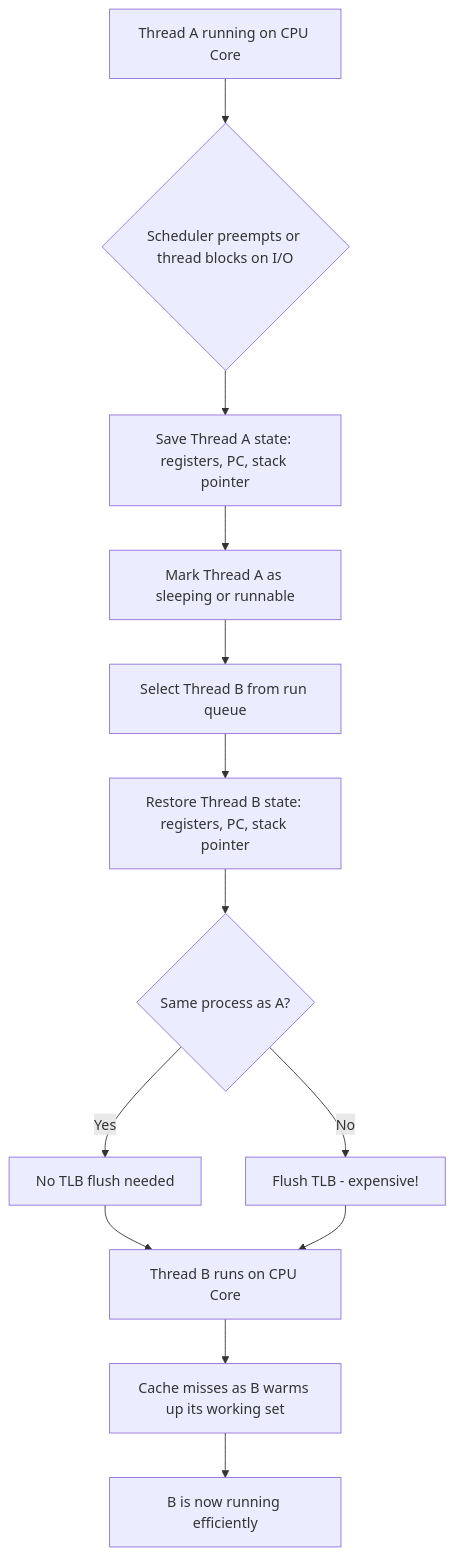
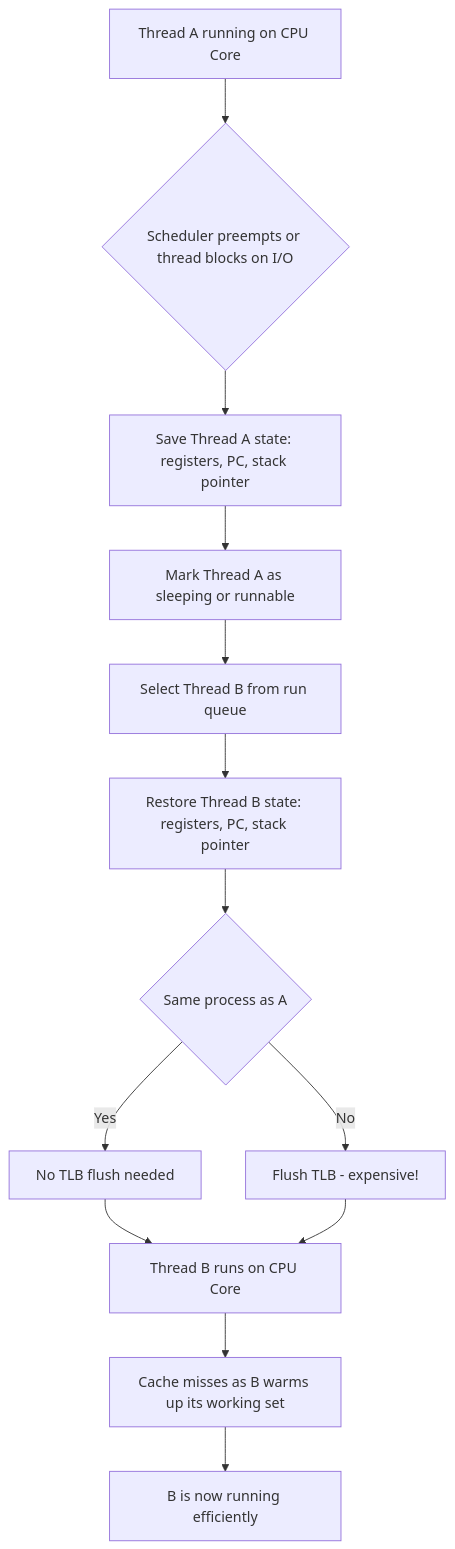
One commit to ranjeetnegi/System-Design-for-Staff-SWE changed the first of 13 diagrams in Section0/Chapter_3_OS_Fundamentals.md. Above: the diagram before and after it, drawn with Mermaid. The commit also changed other lines of this file and 11 other files, not shown here.

````diff
--- a/Section0/Chapter_3_OS_Fundamentals.md
+++ b/Section0/Chapter_3_OS_Fundamentals.md
@@ -210,15 +210,15 @@
 ```mermaid
 flowchart TD
     A[Thread A running on CPU Core] --> B{Scheduler preempts or thread blocks on I/O}
     B --> C[Save Thread A state: registers, PC, stack pointer]
     C --> D[Mark Thread A as sleeping or runnable]
     D --> E[Select Thread B from run queue]
     E --> F[Restore Thread B state: registers, PC, stack pointer]
-    F --> G{Same process as A?}
+    F --> G{Same process as A }
     G -- Yes --> H[No TLB flush needed]
     G -- No --> I[Flush TLB - expensive!]
     H --> J[Thread B runs on CPU Core]
     I --> J
     J --> K[Cache misses as B warms up its working set]
     K --> L[B is now running efficiently]
 ```
````
